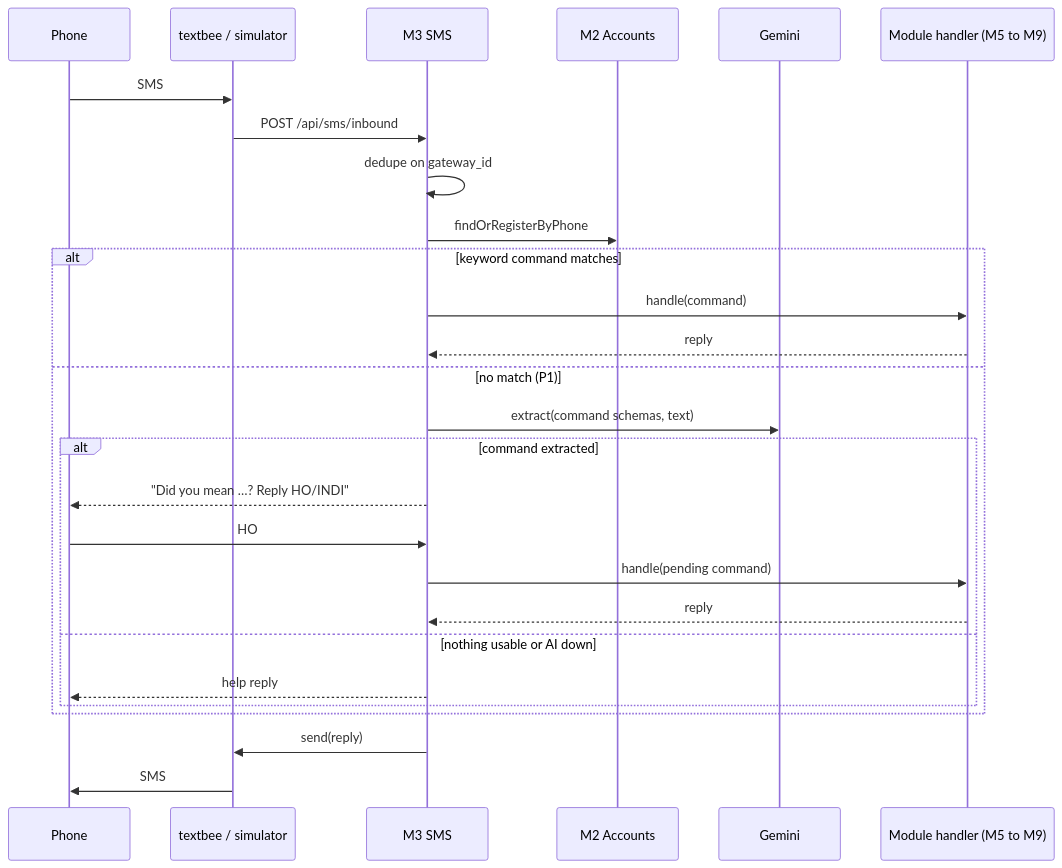
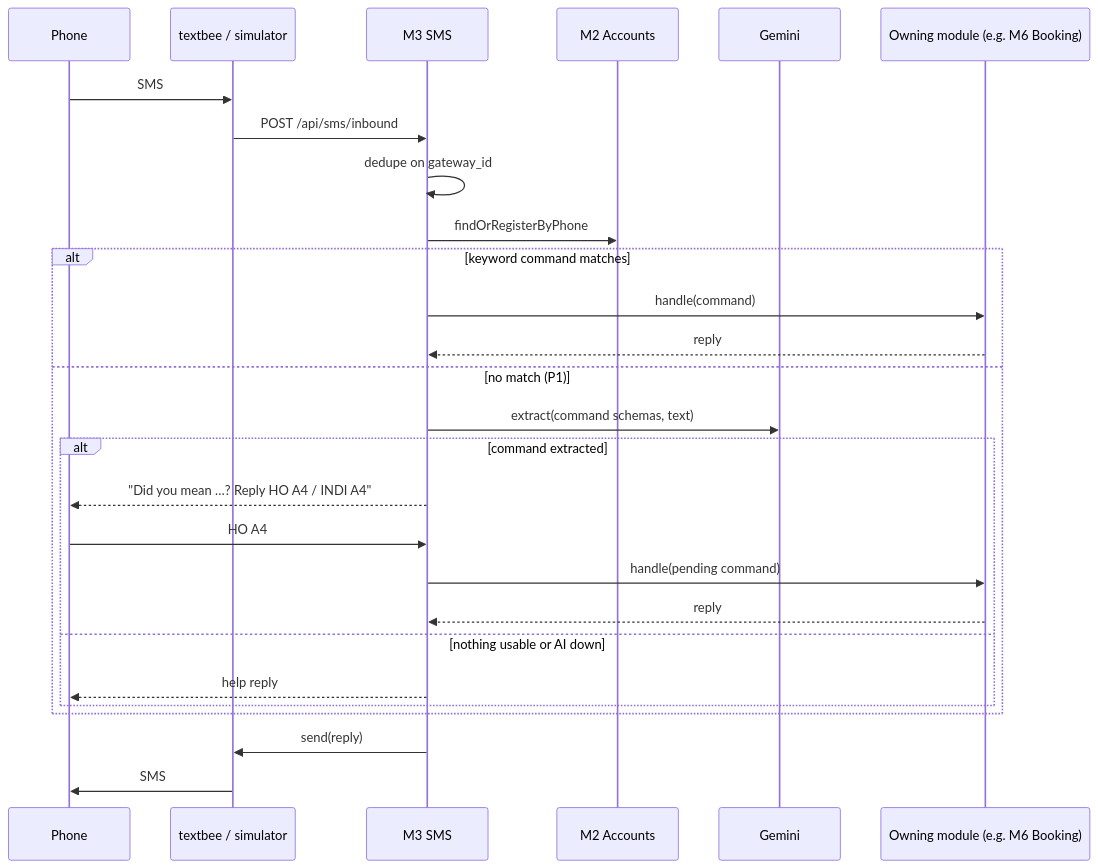
The fourth of 6 diagrams in TRD.md (andrianllmm/hack-iloilo), drawn with Mermaid before and after one commit. The commit also changed other lines of this file and 1 other file, not shown here.

````diff
--- a/TRD.md
+++ b/TRD.md
@@ -414,29 +428,29 @@
 ```mermaid
 sequenceDiagram
   participant P as Phone
   participant G as textbee / simulator
   participant S as M3 SMS
   participant A as M2 Accounts
   participant AI as Gemini
-  participant H as Module handler (M5 to M9)
+  participant H as Owning module (e.g. M6 Booking)
   P->>G: SMS
   G->>S: POST /api/sms/inbound
   S->>S: dedupe on gateway_id
   S->>A: findOrRegisterByPhone
   alt keyword command matches
     S->>H: handle(command)
     H-->>S: reply
   else no match (P1)
     S->>AI: extract(command schemas, text)
     alt command extracted
-      S-->>P: "Did you mean …? Reply HO/INDI"
-      P->>S: HO
+      S-->>P: "Did you mean …? Reply HO A4 / INDI A4"
+      P->>S: HO A4
       S->>H: handle(pending command)
       H-->>S: reply
     else nothing usable or AI down
       S-->>P: help reply
     end
   end
   S->>G: send(reply)
   G->>P: SMS
 ```
````
